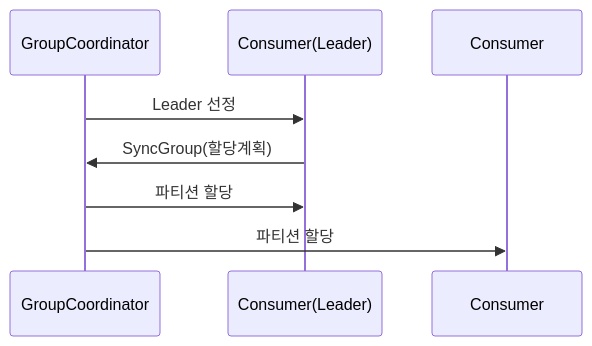
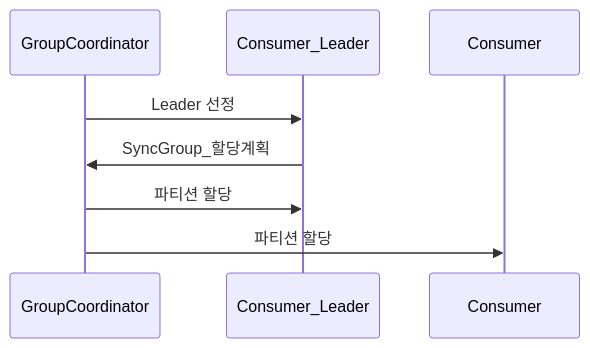
Before and after one commit to yjkim2015/yjkim2015.github.io: the tenth of 21 diagrams in _posts/kafka/2026-05-01-kafka-internals.md, drawn with Mermaid. The commit also changed other lines of this file and 85 other files, not shown here.

First line of the commit message:
sequenceDiagram 문법 에러 2차 수정 169개 (86파일)

````diff
--- a/_posts/kafka/2026-05-01-kafka-internals.md
+++ b/_posts/kafka/2026-05-01-kafka-internals.md
@@ -278,7 +278,7 @@
 ```mermaid
 sequenceDiagram
-    GroupCoordinator->>Consumer(Leader): Leader 선정
-    Consumer(Leader)->>GroupCoordinator: SyncGroup(할당계획)
-    GroupCoordinator->>Consumer(Leader): 파티션 할당
+    GroupCoordinator->>Consumer_Leader: Leader 선정
+    Consumer_Leader->>GroupCoordinator: SyncGroup_할당계획
+    GroupCoordinator->>Consumer_Leader: 파티션 할당
     GroupCoordinator->>Consumer: 파티션 할당
 ```
````
